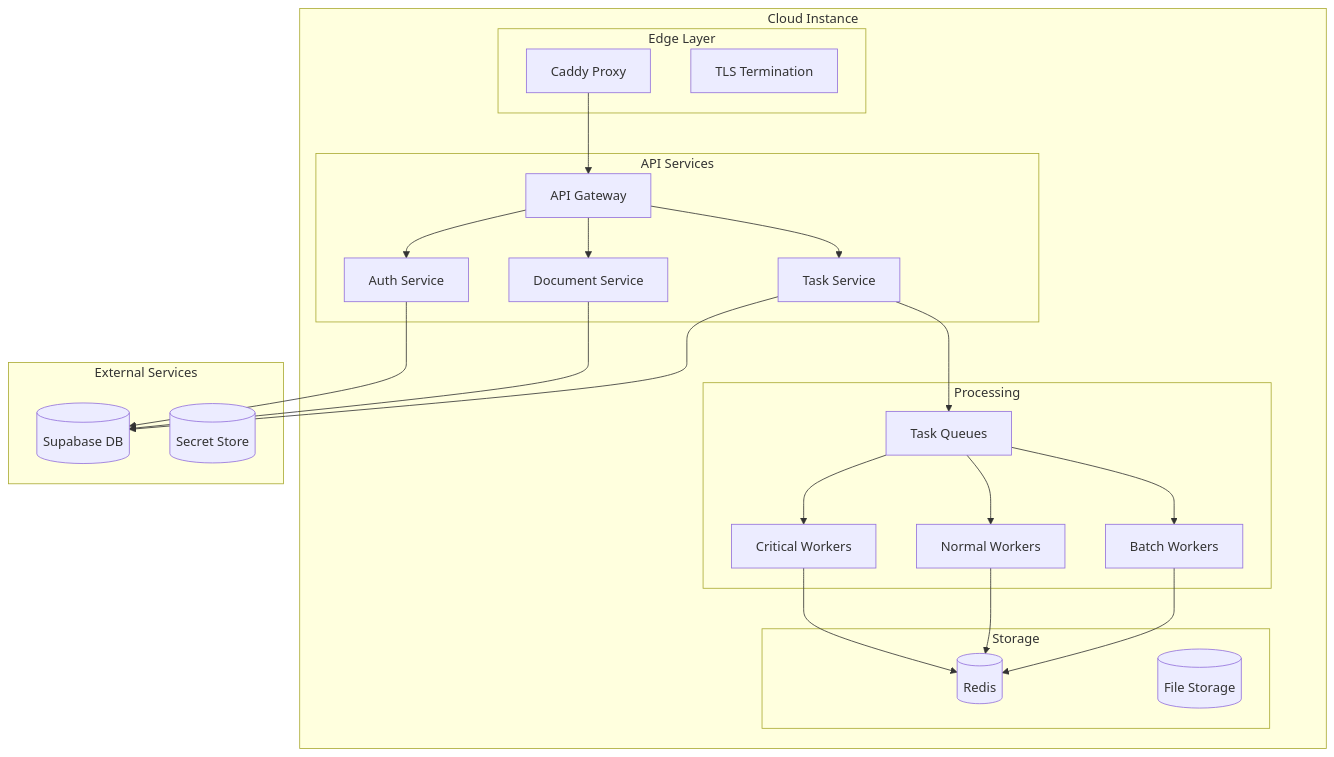
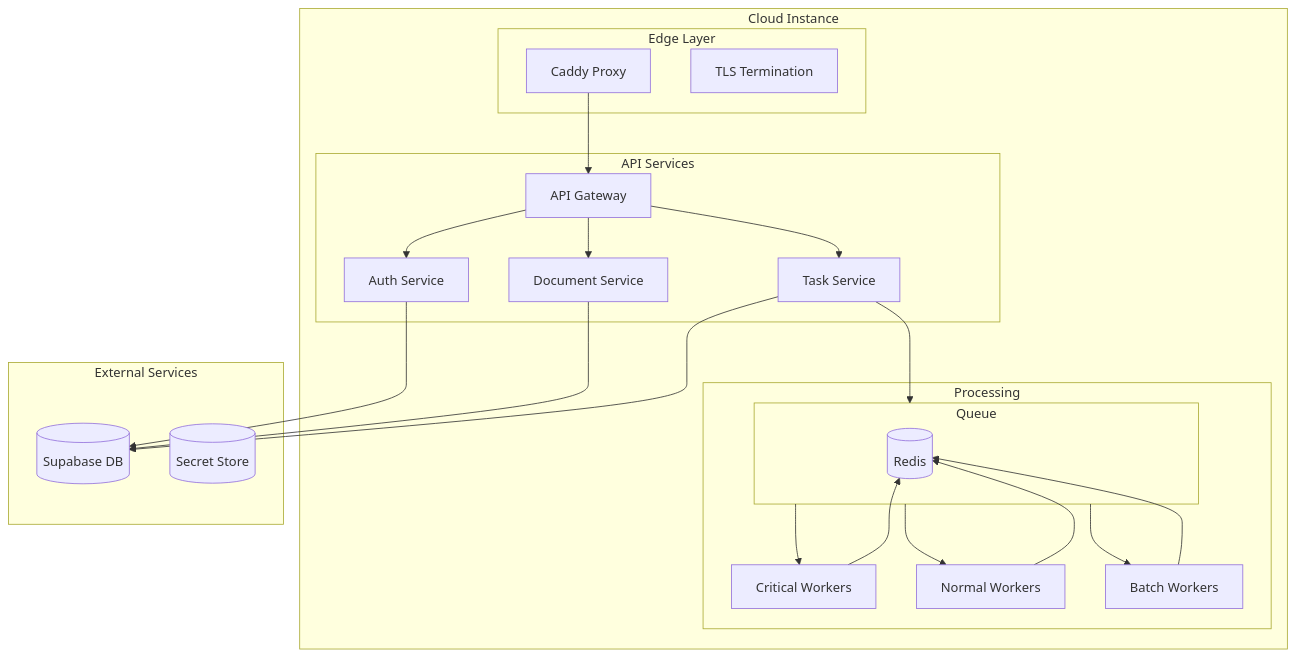
One commit to flxbl-io/docs-sfp changed the fourth of 11 diagrams in running-sfp-as-a-server/sfp-pro-server-architecture-overview.md. Above: the diagram before and after it, drawn with Mermaid. The commit also changed other lines of this file, not shown here.

Commit message:
minor changes to diagrams

````diff
--- a/running-sfp-as-a-server/sfp-pro-server-architecture-overview.md
+++ b/running-sfp-as-a-server/sfp-pro-server-architecture-overview.md
@@ -234,51 +237,50 @@
 ```mermaid
 graph TD
     subgraph "Cloud Instance"
         subgraph "Edge Layer"
             Caddy[Caddy Proxy]
             TLS[TLS Termination]
         end
 
         subgraph "API Services"
             API[API Gateway]
             Auth[Auth Service]
             Tasks[Task Service]
             Docs[Document Service]
         end
 
         subgraph "Processing"
             Queue[Task Queues]
             CriticalW[Critical Workers]
             NormalW[Normal Workers]
             BatchW[Batch Workers]
         end
 
-        subgraph "Storage"
+        subgraph "Queue"
             Redis[(Redis)]
-            Files[(File Storage)]
         end
     end
 
     subgraph "External Services"
         Supabase[(Supabase DB)]
         Secrets[(Secret Store)]
     end
 
     Caddy --> API
     API --> Auth
     API --> Tasks
     API --> Docs
 
     Tasks --> Queue
     Queue --> CriticalW
     Queue --> NormalW
     Queue --> BatchW
 
     CriticalW --> Redis
     NormalW --> Redis
     BatchW --> Redis
 
     Auth --> Supabase
     Docs --> Supabase
     Tasks --> Supabase
 ```
````
